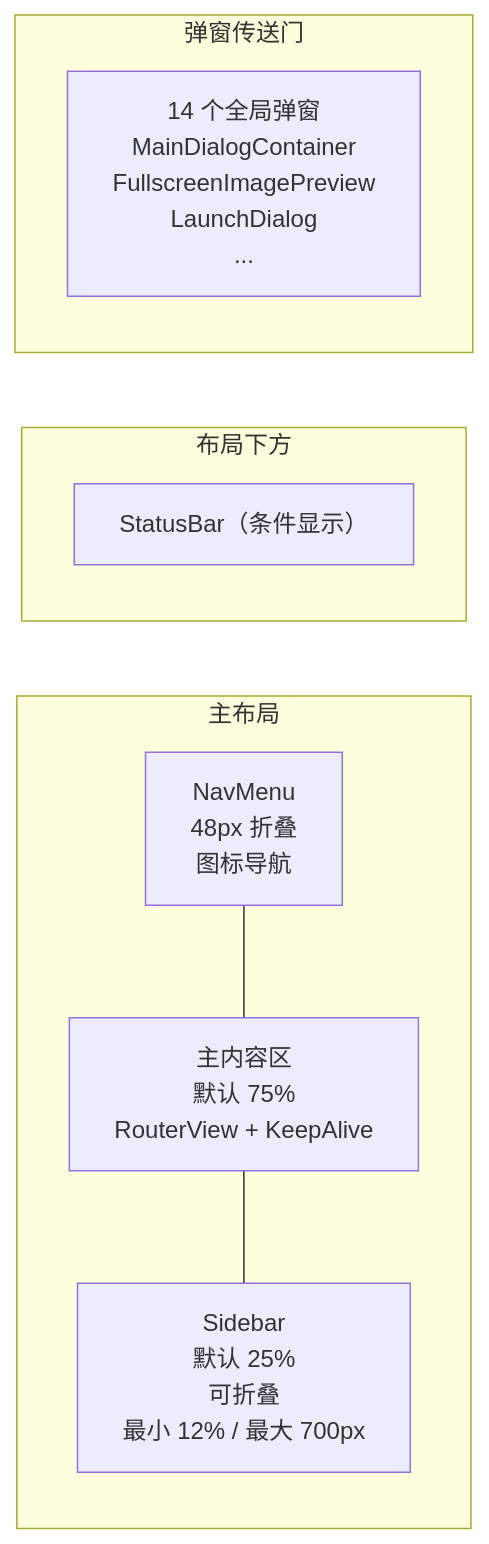
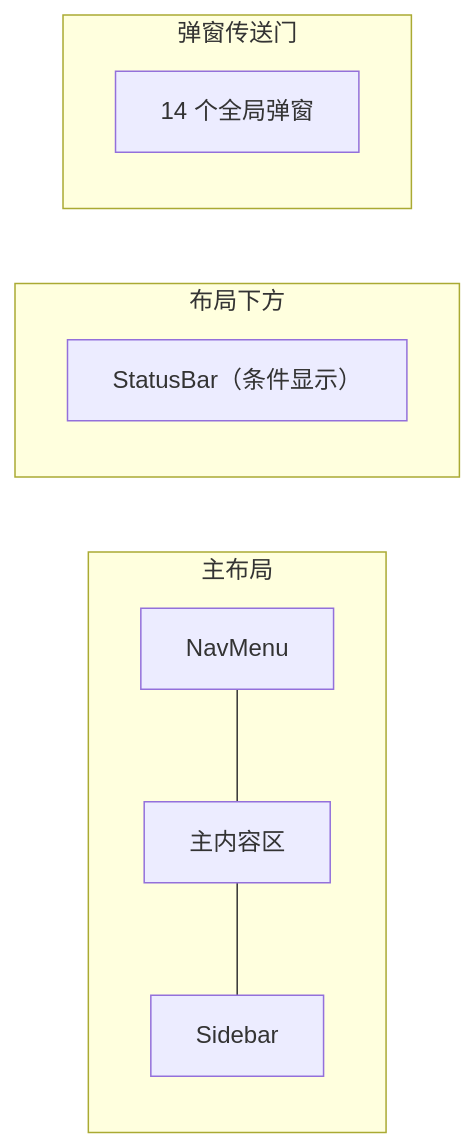
The second of 2 diagrams in zh/architecture/overview.md (Map1en/vrcx-docs), drawn with Mermaid before and after one commit. The commit also changed other lines of this file and 16 other files, not shown here.

````diff
--- a/zh/architecture/overview.md
+++ b/zh/architecture/overview.md
@@ -128,18 +128,18 @@
 ```mermaid
 graph LR
     subgraph MainLayout["主布局"]
-        Nav["NavMenu<br/>48px 折叠<br/>图标导航"]
-        Main["主内容区<br/>默认 75%<br/>RouterView + KeepAlive"]
-        Side["Sidebar<br/>默认 25%<br/>可折叠<br/>最小 12% / 最大 700px"]
+        Nav["NavMenu"]
+        Main["主内容区"]
+        Side["Sidebar"]
     end
 
     Nav --- Main --- Side
 
     subgraph BelowLayout["布局下方"]
         StatusBar["StatusBar（条件显示）"]
     end
 
     subgraph Portals["弹窗传送门"]
-        Dialogs["14 个全局弹窗<br/>MainDialogContainer<br/>FullscreenImagePreview<br/>LaunchDialog<br/>..."]
+        Dialogs["14 个全局弹窗"]
     end
 ```
````
